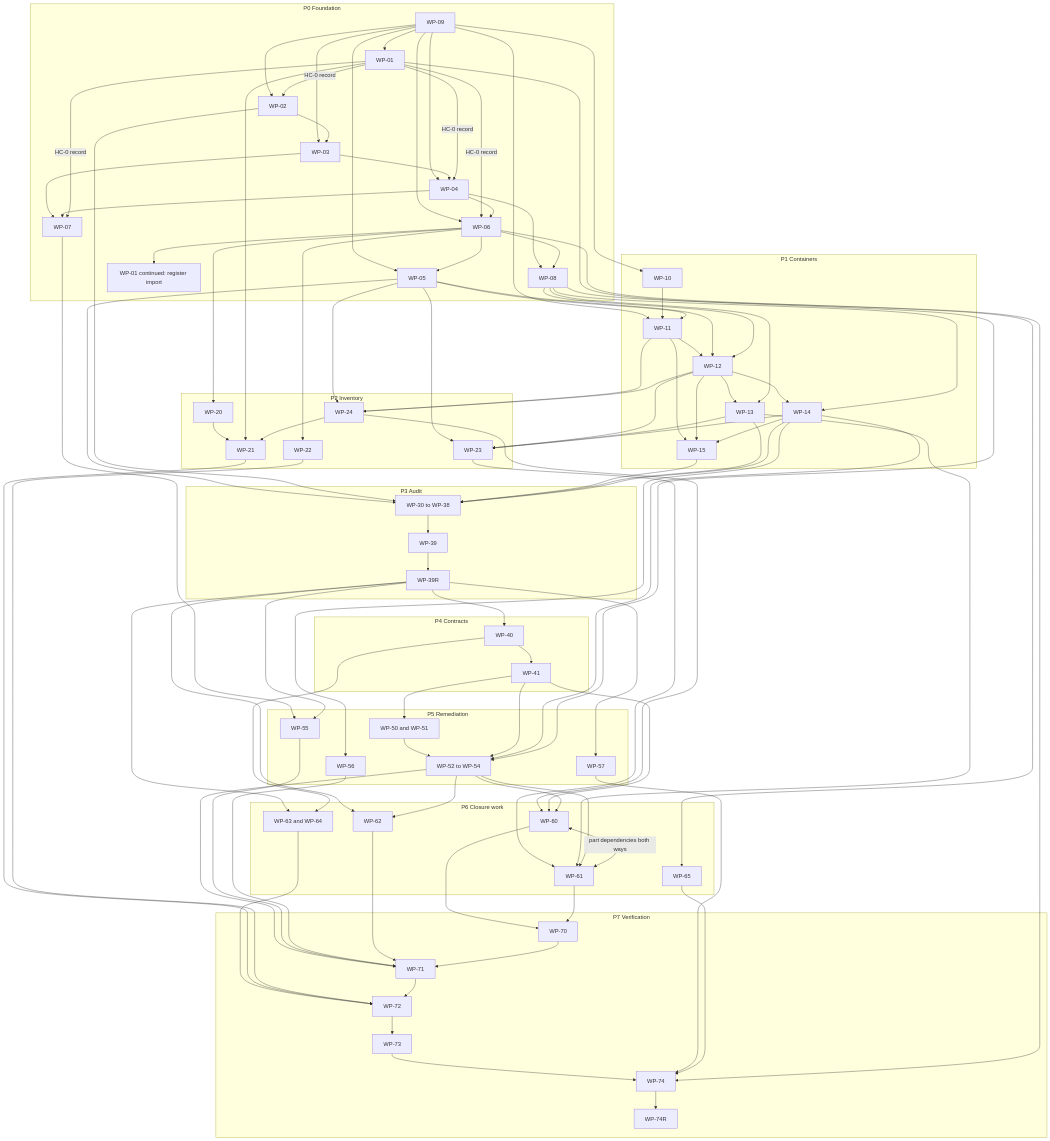
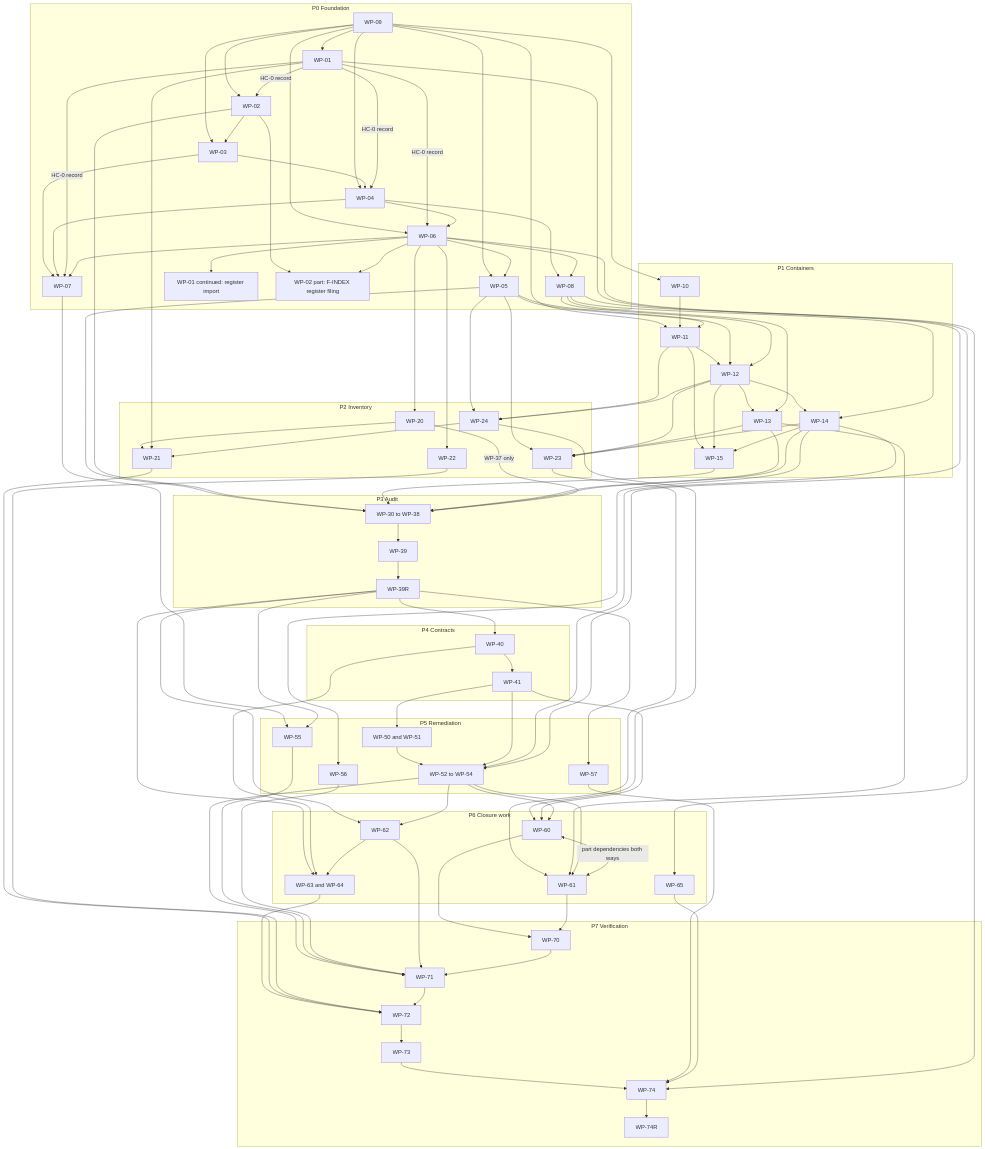
Before and after one commit to vasic-digital/catalogizer: the third of 3 diagrams in specs/001-full-project-audit-remediation/docs/21-master-plan-phases-risks-and-traceability.md, drawn with Mermaid. The commit also changed other lines of this file and 19 other files, not shown here.

````diff
--- a/specs/001-full-project-audit-remediation/docs/21-master-plan-phases-risks-and-traceability.md
+++ b/specs/001-full-project-audit-remediation/docs/21-master-plan-phases-risks-and-traceability.md
@@ -484,6 +484,7 @@
     W08["WP-08"]
     W09["WP-09"]
     W01C["WP-01 continued: register import"]
+    W02F["WP-02 part: F-INDEX register filing"]
   end
   subgraph P1["P1 Containers"]
     W10["WP-10"]
@@ -623,4 +624,9 @@
   W52 --> W61
   W52 --> W62
   W60 <-->|"part dependencies both ways"| W61
+  W02 --> W02F
+  W06 --> W02F
+  W06 --> W07
+  W20 -->|"WP-37 only"| W30
+  W62 --> W63
 ```
````
